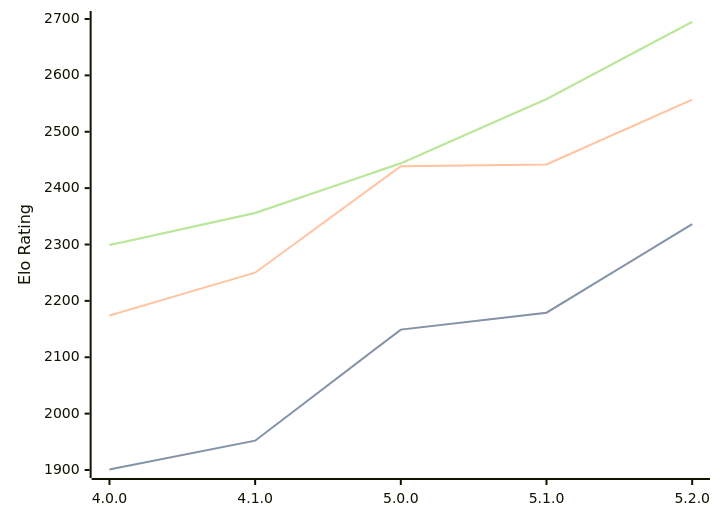
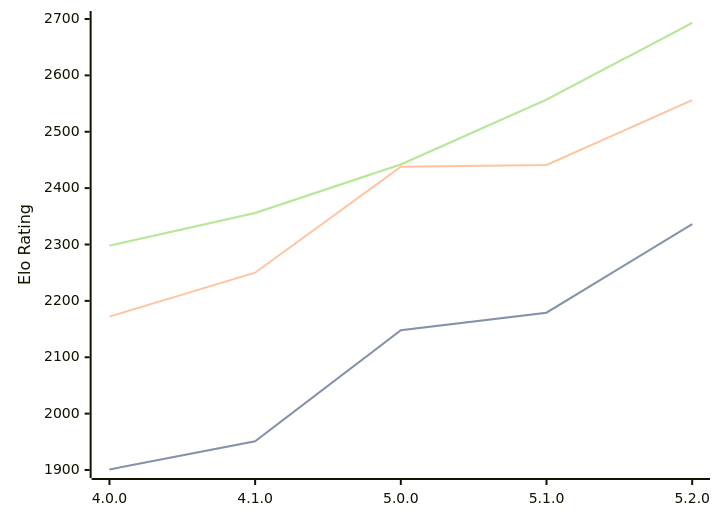
Before and after one commit to computer-chess-index/cci: the third of 3 diagrams in engines/Aconcagua.md, drawn with Mermaid. The commit also changed other lines of this file, not shown here.

Commit message:
Update CCI Ratings (ELO VLTC) - 2026-06-27

````diff
--- a/engines/Aconcagua.md
+++ b/engines/Aconcagua.md
@@ -77,11 +77,11 @@
 ```mermaid
 %%{init: {"theme":"base","themeVariables":{"seriesColors:['#a3a3a3','#222221','#faa371']}}}%%
 xychart-beta
   x-axis ["4.0.0", "4.1.0", "5.0.0", "5.1.0", "5.2.0"]
   y-axis "Elo Rating" 1900 --> 2700
-  line "STC (8.0+0.08s)" [1901, 1952, 2149, 2179, 2336]
-  line "STC (8.0+0.08s)" [1901, 1952, 2149, 2179, 2336]
-  line "LTC (60.0+0.60s)" [2174, 2250, 2439, 2442, 2557]
-  line "VLTC (2m24s+1.12s)" [2299, 2356, 2444, 2558, 2695]
-  line "VLTC (2m24s+1.12s)" [2299, 2356, 2444, 2558, 2695]
+  line "STC (8.0+0.08s)" [1901, 1951, 2148, 2179, 2336]
+  line "STC (8.0+0.08s)" [1901, 1951, 2148, 2179, 2336]
+  line "LTC (60.0+0.60s)" [2172, 2250, 2438, 2441, 2556]
+  line "VLTC (2m24s+1.12s)" [2298, 2356, 2442, 2557, 2693]
+  line "VLTC (2m24s+1.12s)" [2298, 2356, 2442, 2557, 2693]
 ```
````
